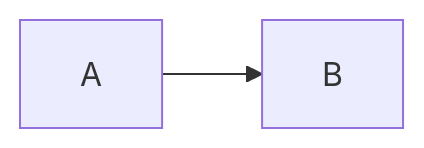
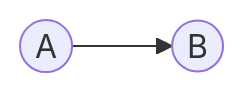
Diagram 16 of 16 in content/blog/ai.md (reubenharry/website), drawn with Mermaid before and after one commit.

Commit message:
try mermaid

```diff
--- a/content/blog/ai.md
+++ b/content/blog/ai.md
@@ -602,4 +602,4 @@
 <div class="mermaid">
 graph LR;
-  A-->B;
+    A((A)) --> B((B));
 </div>
```
